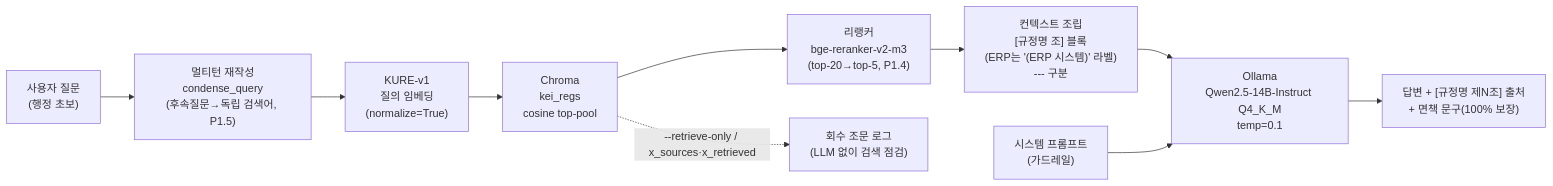
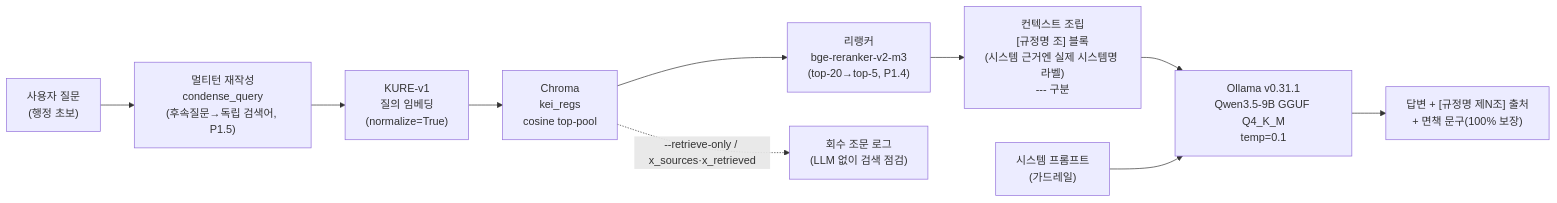
One commit to mooner92/KEIAdminSuperv changed the first of 4 diagrams in docs/05-rag-design.md. Above: the diagram before and after it, drawn with Mermaid. The commit also changed other lines of this file and 17 other files, not shown here.

First line of the commit message:
docs: README + docs 전체 최신화 — Qwen3.5/Ollama·Next.js+TDS·7시스템·신규 플래그

````diff
--- a/docs/05-rag-design.md
+++ b/docs/05-rag-design.md
@@ -14,12 +14,12 @@
 ```mermaid
 flowchart LR
   Q["사용자 질문<br/>(행정 초보)"] --> RW["멀티턴 재작성<br/>condense_query<br/>(후속질문→독립 검색어, P1.5)"]
   RW --> EMB["KURE-v1<br/>질의 임베딩<br/>(normalize=True)"]
   EMB --> CH["Chroma<br/>kei_regs<br/>cosine top-pool"]
   CH --> RR["리랭커<br/>bge-reranker-v2-m3<br/>(top-20→top-5, P1.4)"]
-  RR --> CTX["컨텍스트 조립<br/>[규정명 조] 블록<br/>(ERP는 '(ERP 시스템)' 라벨)<br/>--- 구분"]
-  CTX --> LLM["Ollama<br/>Qwen2.5-14B-Instruct Q4_K_M<br/>temp=0.1"]
+  RR --> CTX["컨텍스트 조립<br/>[규정명 조] 블록<br/>(시스템 근거엔 실제 시스템명 라벨)<br/>--- 구분"]
+  CTX --> LLM["Ollama v0.31.1<br/>Qwen3.5-9B GGUF Q4_K_M<br/>temp=0.1"]
   SYS["시스템 프롬프트<br/>(가드레일)"] --> LLM
   LLM --> ANS["답변 + [규정명 제N조] 출처<br/>+ 면책 문구(100% 보장)"]
   CH -.->|--retrieve-only / x_sources·x_retrieved| LOG["회수 조문 로그<br/>(LLM 없이 검색 점검)"]
 ```
````
